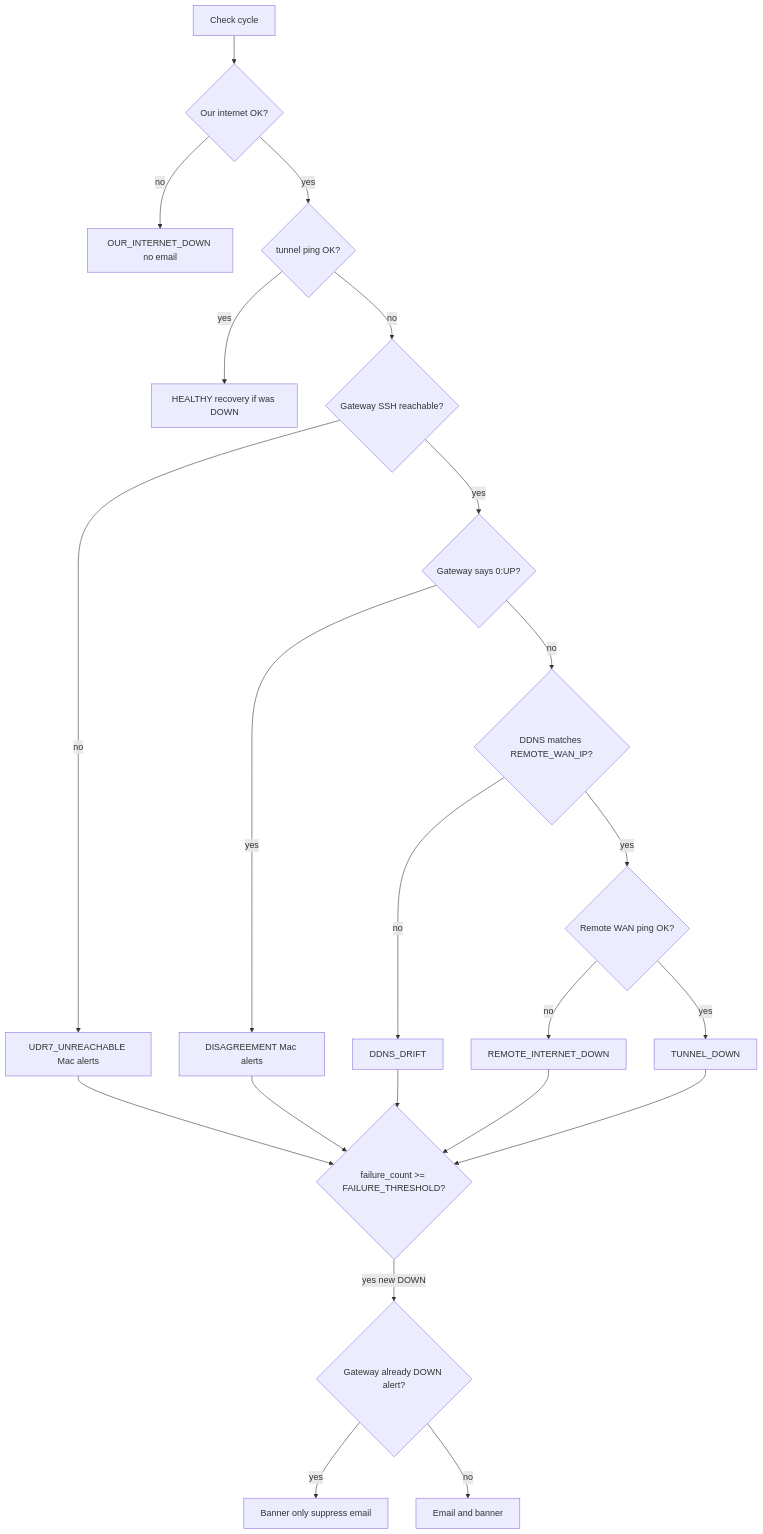
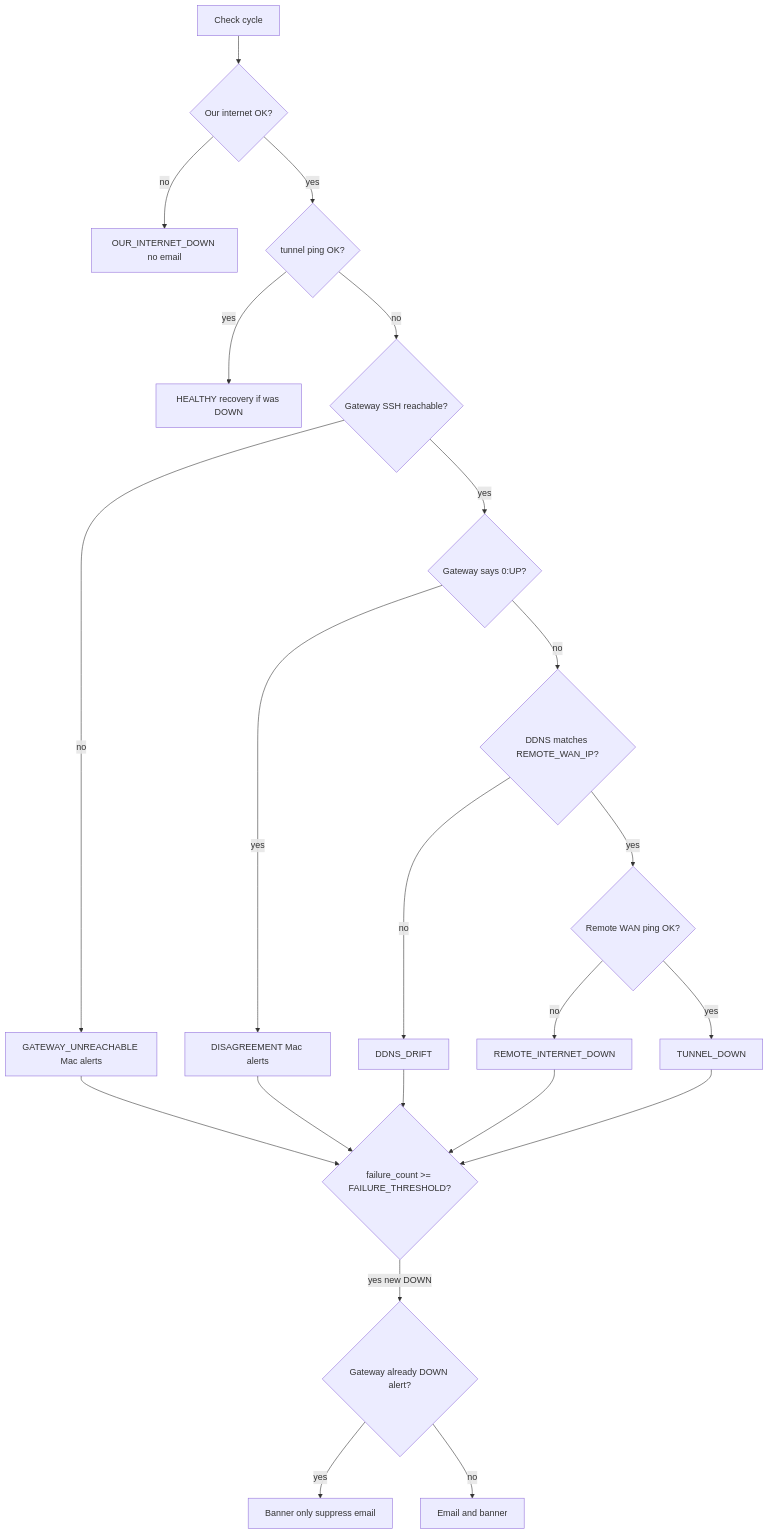
The third of 6 diagrams in Public/docs/tunnel-monitor/02-architecture.md (roto31/Tunnel-Monitor---Universal), drawn with Mermaid before and after one commit. The commit also changed other lines of this file and 14 other files, not shown here.

First line of the commit message:
docs: v2.0.1 GUI runbooks, diagrams, releases, and CLI parity.

````diff
--- a/Public/docs/tunnel-monitor/02-architecture.md
+++ b/Public/docs/tunnel-monitor/02-architecture.md
@@ -88,24 +90,24 @@
 ```mermaid
 flowchart TD
   start[Check cycle] --> ourNet{Our internet OK?}
   ourNet -->|no| ourDown[OUR_INTERNET_DOWN no email]
   ourNet -->|yes| tunnel{tunnel ping OK?}
   tunnel -->|yes| healthy[HEALTHY recovery if was DOWN]
   tunnel -->|no| udr7reach{Gateway SSH reachable?}
-  udr7reach -->|no| udr7unreach[UDR7_UNREACHABLE Mac alerts]
+  udr7reach -->|no| udr7unreach[GATEWAY_UNREACHABLE Mac alerts]
   udr7reach -->|yes| disagree{Gateway says 0:UP?}
   disagree -->|yes| disagreement[DISAGREEMENT Mac alerts]
   disagree -->|no| dns{DDNS matches REMOTE_WAN_IP?}
   dns -->|no| drift[DDNS_DRIFT]
   dns -->|yes| wan{Remote WAN ping OK?}
   wan -->|no| remoteDown[REMOTE_INTERNET_DOWN]
   wan -->|yes| tunnelDown[TUNNEL_DOWN]
   tunnelDown --> threshold{failure_count >= FAILURE_THRESHOLD?}
   drift --> threshold
   remoteDown --> threshold
   disagreement --> threshold
   udr7unreach --> threshold
   threshold -->|yes new DOWN| dedup{Gateway already DOWN alert?}
   dedup -->|yes| bannerOnly[Banner only suppress email]
   dedup -->|no| emailBanner[Email and banner]
 ```
````
